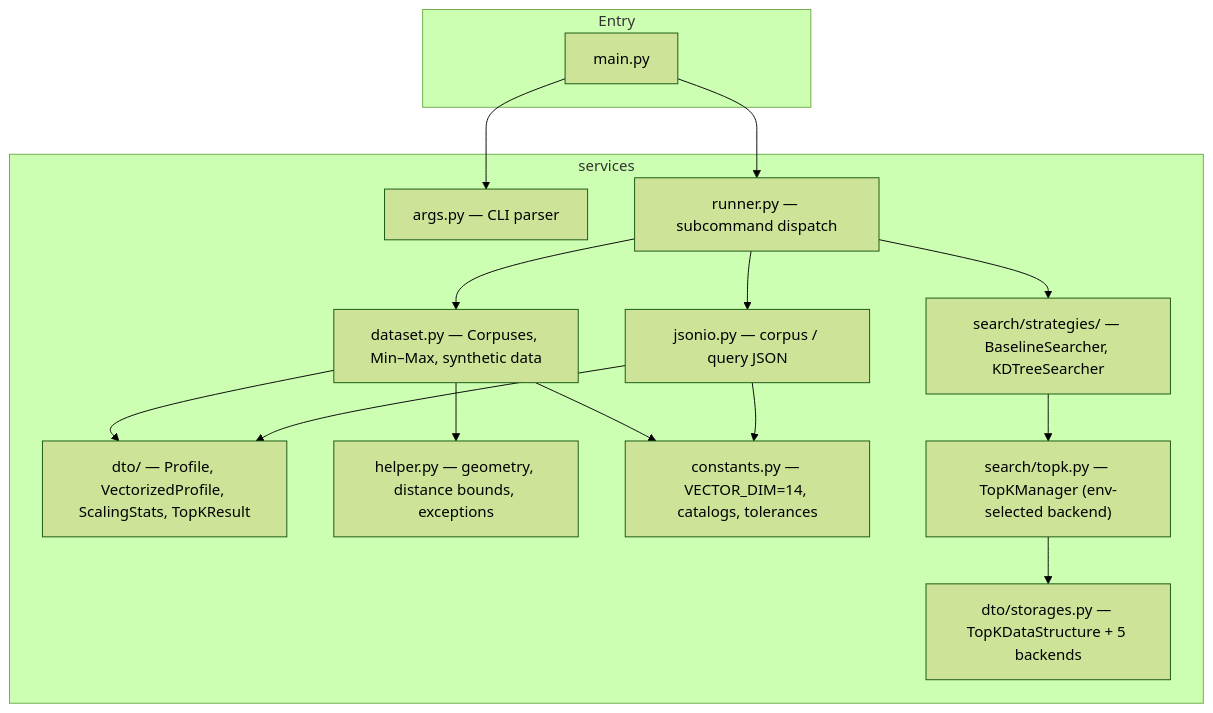
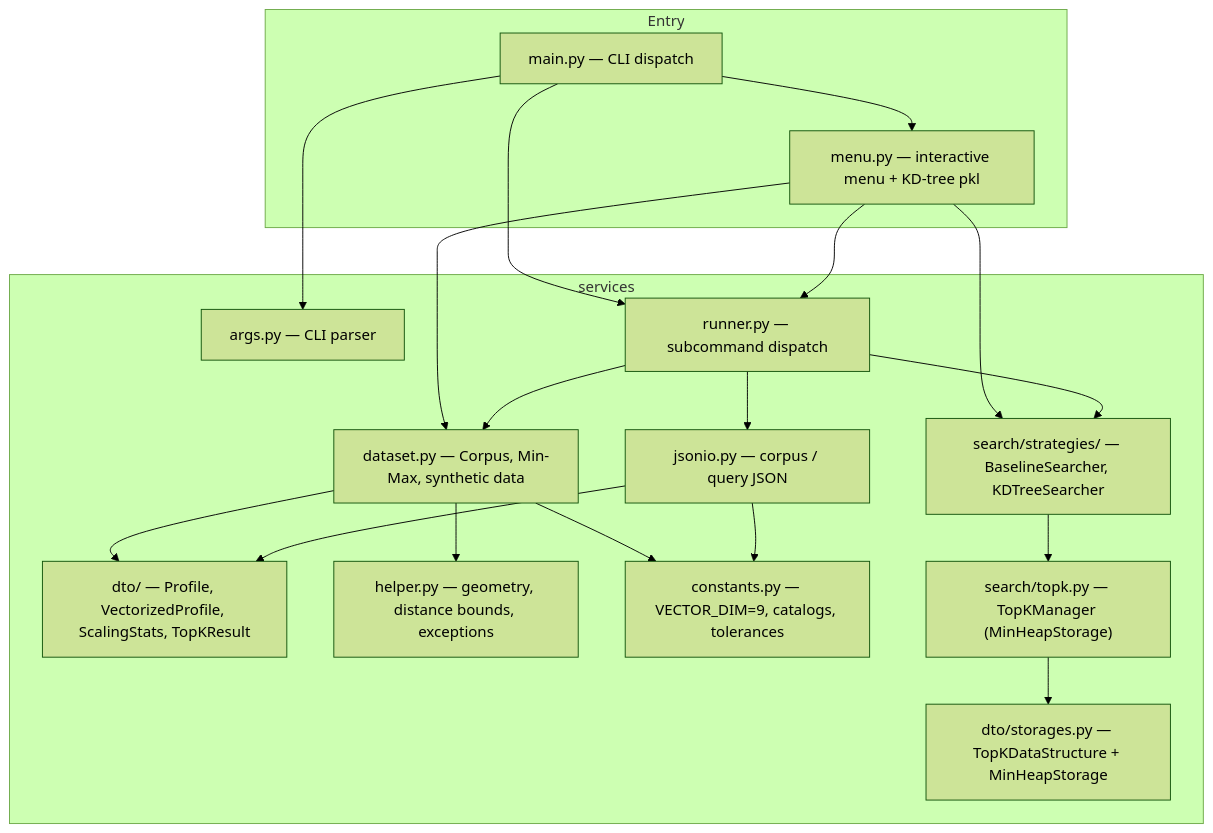
The diagram in README.md (DatacollectorVN/Algorithm_and_Analysis_Group), drawn with Mermaid (forest theme) before and after one commit. The commit also changed other lines of this file and 17 other files, not shown here.

````diff
--- a/README.md
+++ b/README.md
@@ -260,30 +272,35 @@
 ```mermaid
 flowchart TB
   subgraph entry [Entry]
-    main["main.py"]
+    main["main.py — CLI dispatch"]
+    menu["menu.py — interactive menu + KD-tree pkl"]
   end
   subgraph services [services]
     args["args.py — CLI parser"]
     runner["runner.py — subcommand dispatch"]
-    dataset["dataset.py — Corpuses, Min–Max, synthetic data"]
+    dataset["dataset.py — Corpus, Min-Max, synthetic data"]
     jsonio["jsonio.py — corpus / query JSON"]
     dto["dto/ — Profile, VectorizedProfile, ScalingStats, TopKResult"]
-    storages["dto/storages.py — TopKDataStructure + 5 backends"]
+    storages["dto/storages.py — TopKDataStructure + MinHeapStorage"]
     helper["helper.py — geometry, distance bounds, exceptions"]
-    constants["constants.py — VECTOR_DIM=14, catalogs, tolerances"]
-    topk["search/topk.py — TopKManager (env-selected backend)"]
+    constants["constants.py — VECTOR_DIM=9, catalogs, tolerances"]
+    topk["search/topk.py — TopKManager (MinHeapStorage)"]
     search["search/strategies/ — BaselineSearcher, KDTreeSearcher"]
   end
   main --> args
   main --> runner
+  main --> menu
+  menu --> dataset
+  menu --> runner
+  menu --> search
   runner --> dataset
   runner --> jsonio
   runner --> search
   dataset --> dto
   dataset --> helper
   dataset --> constants
   jsonio --> dto
   jsonio --> constants
   search --> topk
   topk --> storages
 ```
````
